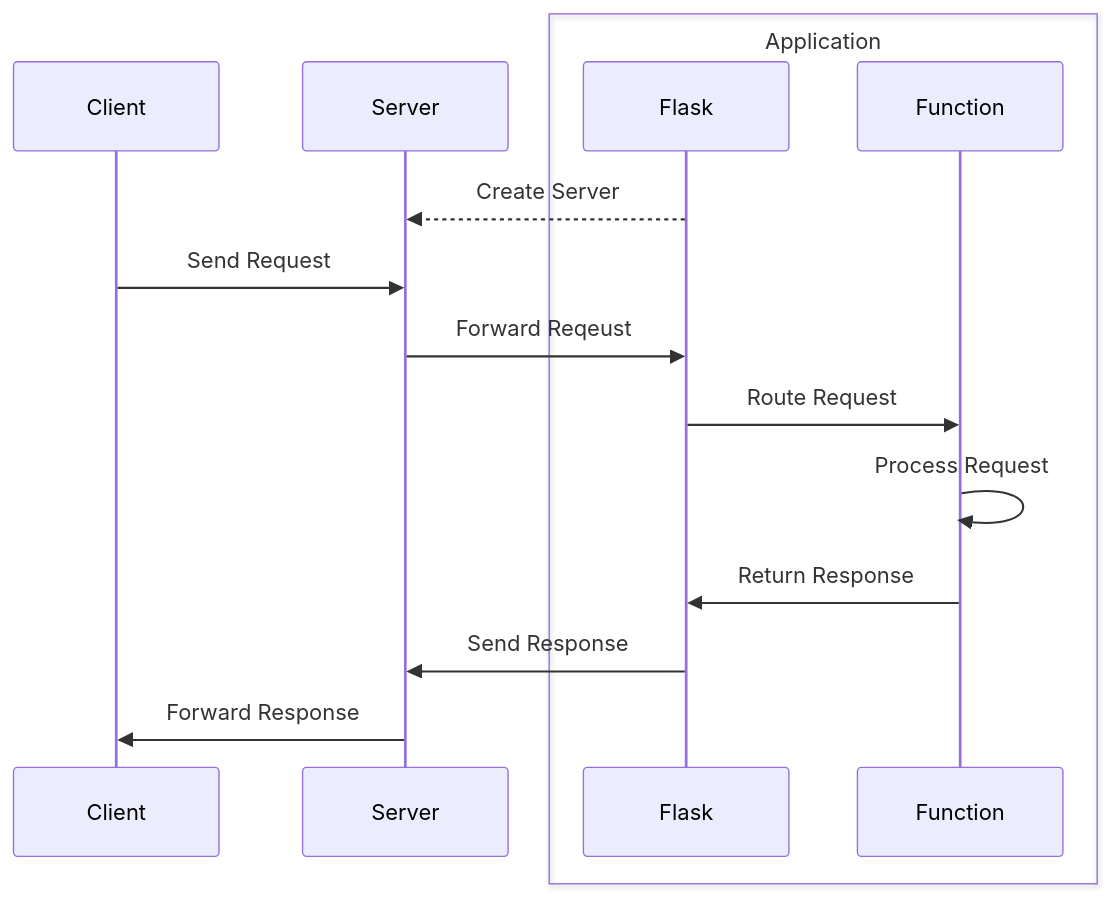
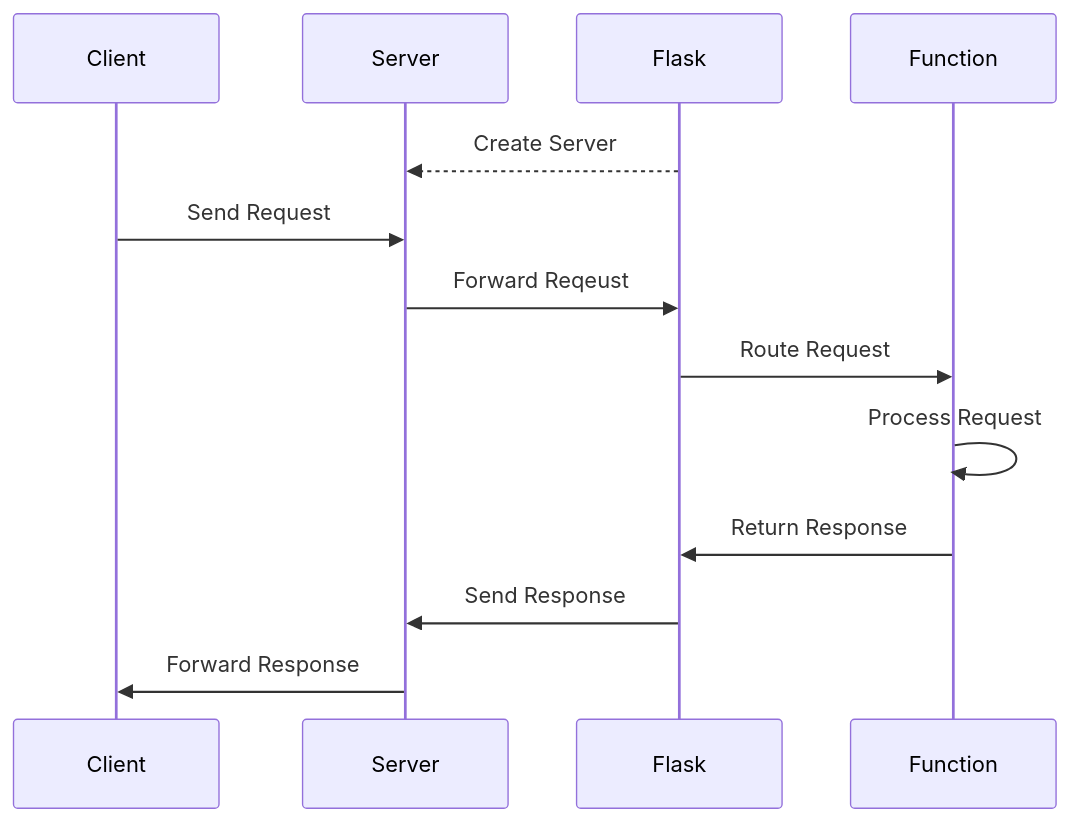
The first of 2 diagrams in sorrentum_sandbox/spring2024/Spring2024_Rate_Limiting_API_with_Redis/README.md (kaizen-ai/kaizenflow), drawn with Mermaid before and after one commit. The commit also changed other lines of this file, not shown here.

````diff
--- a/sorrentum_sandbox/spring2024/Spring2024_Rate_Limiting_API_with_Redis/README.md
+++ b/sorrentum_sandbox/spring2024/Spring2024_Rate_Limiting_API_with_Redis/README.md
@@ -13,17 +46,15 @@
 ```mermaid
 sequenceDiagram
     participant Client
     participant Server
-    box Application
     participant Flask
     participant Function
-    end
     Flask-->>Server: Create Server
     Client->>Server: Send Request
     Server->>Flask: Forward Reqeust
     Flask->>Function: Route Request
     Function->>Function: Process Request
     Function->>Flask: Return Response
     Flask->>Server: Send Response
     Server->>Client: Forward Response
 ```
````
